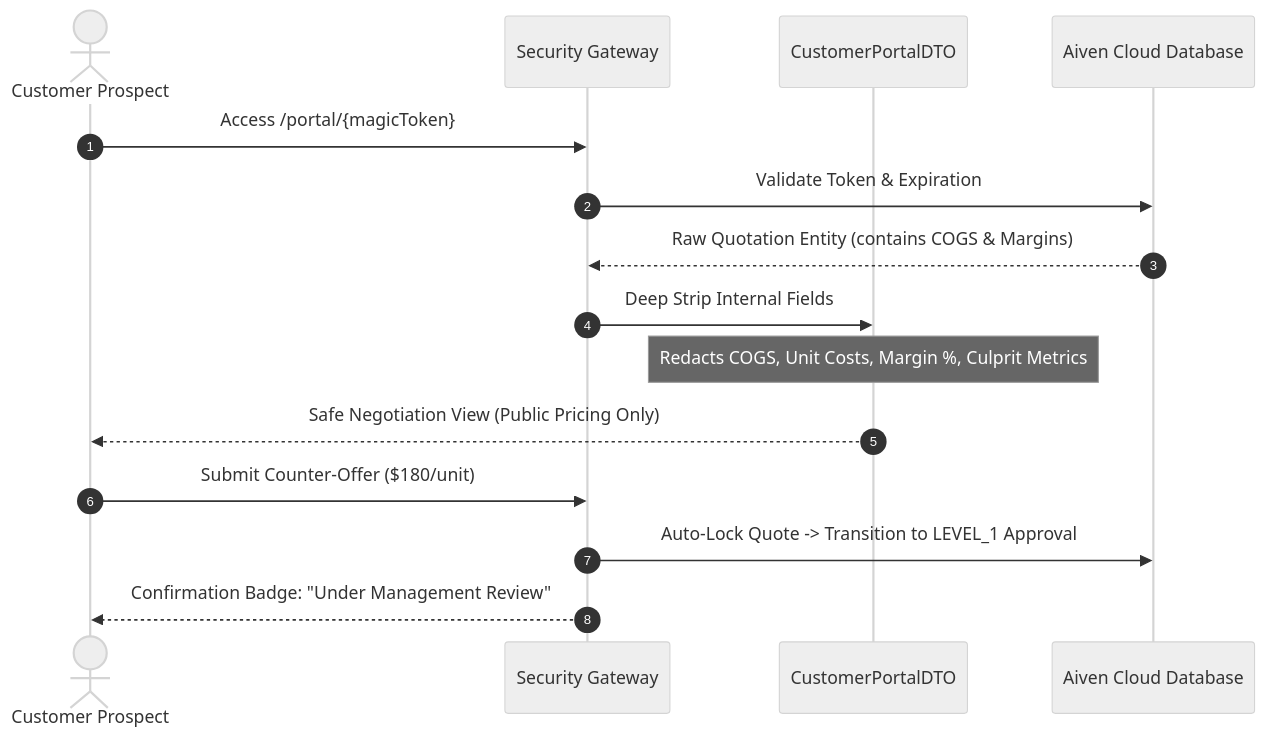
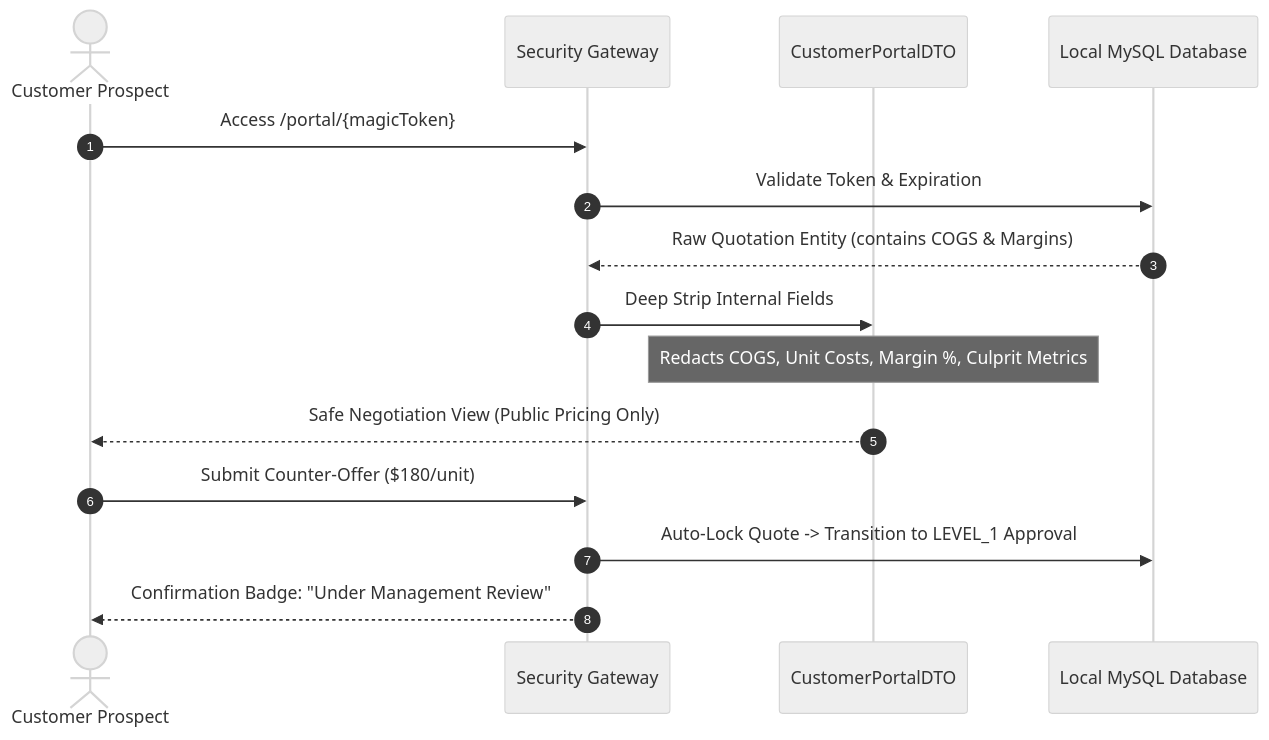
One commit to Sadique721/DealFlow360 changed the third of 3 diagrams in README.md. Above: the diagram before and after it, drawn with Mermaid (neutral theme). The commit also changed other lines of this file and 2 other files, not shown here.

Commit message:
refactor(db): migrate database configuration and integration testing from Aiven cloud to local MySQL 8.0

````diff
--- a/README.md
+++ b/README.md
@@ -383,18 +383,18 @@
 ```mermaid
 sequenceDiagram
     autonumber
     actor Customer as Customer Prospect
     participant Gateway as Security Gateway
     participant DTO as CustomerPortalDTO
-    participant DB as Aiven Cloud Database
+    participant DB as Local MySQL Database
 
     Customer->>Gateway: Access /portal/{magicToken}
     Gateway->>DB: Validate Token & Expiration
     DB-->>Gateway: Raw Quotation Entity (contains COGS & Margins)
     Gateway->>DTO: Deep Strip Internal Fields
     Note over DTO: Redacts COGS, Unit Costs, Margin %, Culprit Metrics
     DTO-->>Customer: Safe Negotiation View (Public Pricing Only)
     Customer->>Gateway: Submit Counter-Offer ($180/unit)
     Gateway->>DB: Auto-Lock Quote -> Transition to LEVEL_1 Approval
     Gateway-->>Customer: Confirmation Badge: "Under Management Review"
 ```
````
